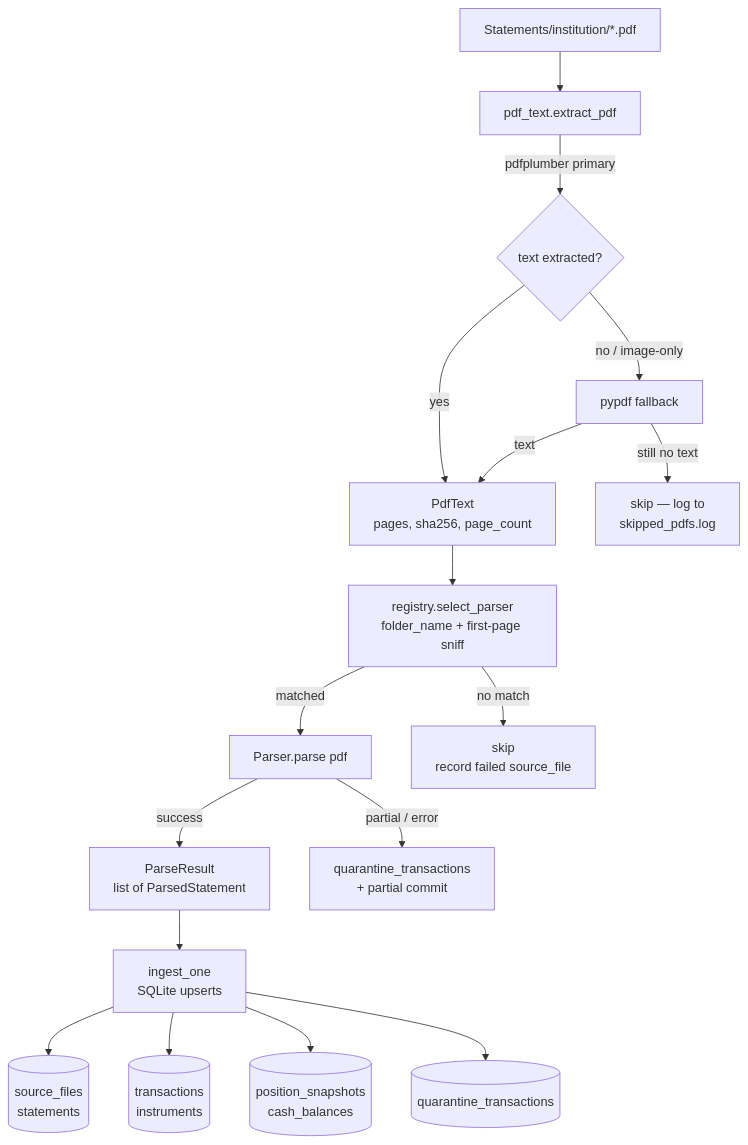
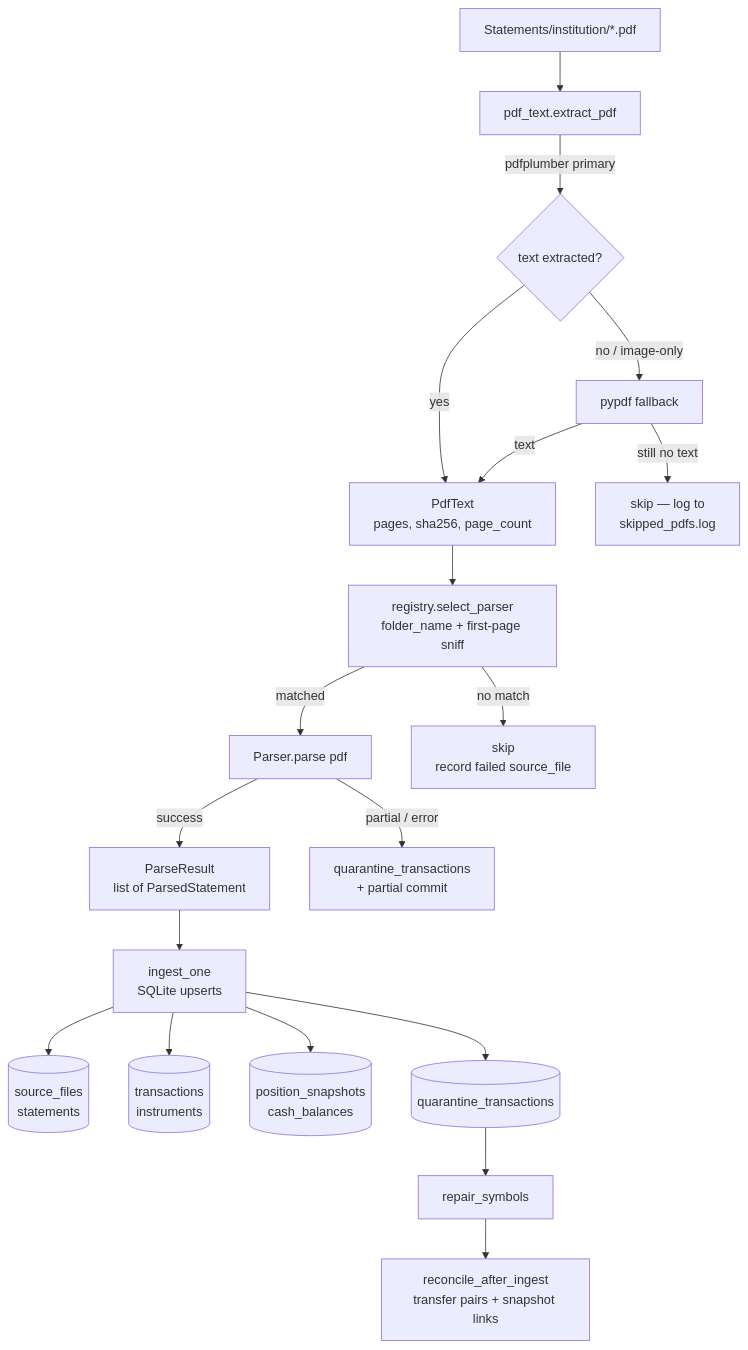
One commit to chanmainvest/trade_history changed the fourth of 9 diagrams in spec/ARCHITECTURE.md. Above: the diagram before and after it, drawn with Mermaid. The commit also changed other lines of this file and 16 other files, not shown here.

````diff
--- a/spec/ARCHITECTURE.md
+++ b/spec/ARCHITECTURE.md
@@ -528,19 +534,21 @@
 ```mermaid
 flowchart TD
     A[Statements/institution/*.pdf] --> B[pdf_text.extract_pdf]
     B -->|pdfplumber primary| C{text extracted?}
     C -->|yes| D[PdfText\npages, sha256, page_count]
     C -->|no / image-only| E[pypdf fallback]
     E -->|still no text| F[skip — log to\nskipped_pdfs.log]
     E -->|text| D
     D --> G[registry.select_parser\nfolder_name + first-page sniff]
     G -->|matched| H[Parser.parse pdf]
     G -->|no match| I[skip\nrecord failed source_file]
     H -->|success| J[ParseResult\nlist of ParsedStatement]
     H -->|partial / error| K[quarantine_transactions\n+ partial commit]
     J --> L[ingest_one\nSQLite upserts]
     L --> M[(source_files\nstatements)]
     L --> N[(transactions\ninstruments)]
     L --> O[(position_snapshots\ncash_balances)]
     L --> P[(quarantine_transactions)]
+    P --> Q[repair_symbols]
+    Q --> R[reconcile_after_ingest\ntransfer pairs + snapshot links]
 ```
````
